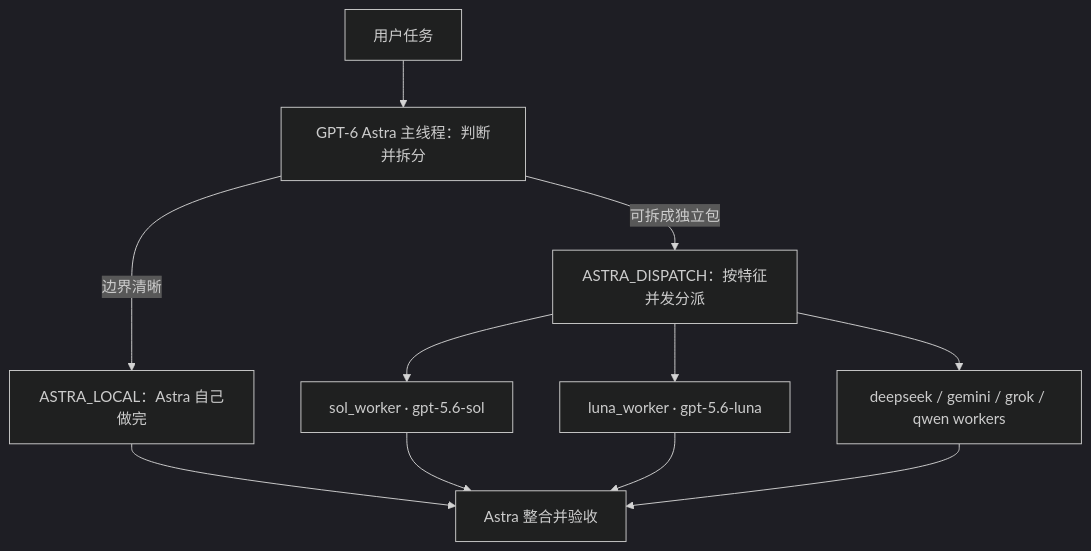
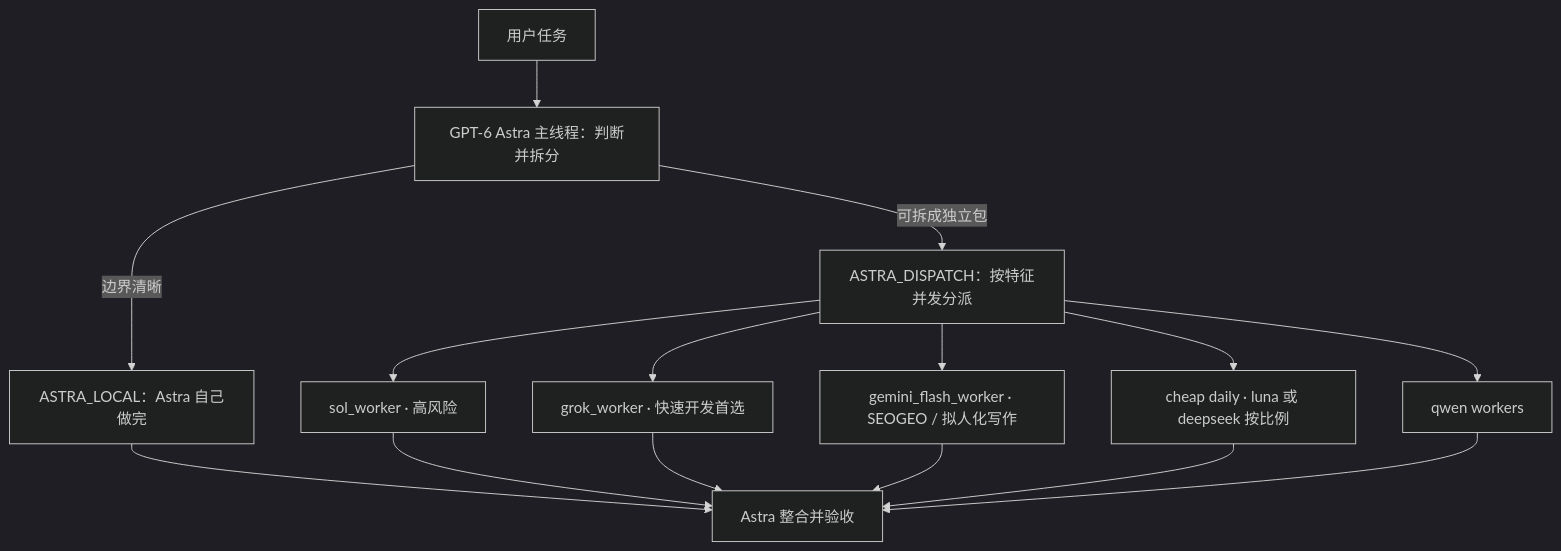
One commit to Masikomoore/astra-multi-agent-cluster-workflow changed the diagram in README.md. Above: the diagram before and after it, drawn with Mermaid (dark theme). The commit also changed other lines of this file and 12 other files, not shown here.

First line of the commit message:
Retune specialist roles and add cheap-daily mix

````diff
--- a/README.md
+++ b/README.md
@@ -22,13 +22,17 @@
 ```mermaid
 flowchart TD
     U["用户任务"] --> A["GPT-6 Astra 主线程：判断并拆分"]
     A -->|边界清晰| E["ASTRA_LOCAL：Astra 自己做完"]
     A -->|可拆成独立包| P["ASTRA_DISPATCH：按特征并发分派"]
-    P --> S1["sol_worker · gpt-5.6-sol"]
-    P --> S2["luna_worker · gpt-5.6-luna"]
-    P --> S3["deepseek / gemini / grok / qwen workers"]
+    P --> S1["sol_worker · 高风险"]
+    P --> S2["grok_worker · 快速开发首选"]
+    P --> S3["gemini_flash_worker · SEOGEO / 拟人化写作"]
+    P --> S4["cheap daily · luna 或 deepseek 按比例"]
+    P --> S5["qwen workers"]
     E --> V["Astra 整合并验收"]
     S1 --> V
     S2 --> V
     S3 --> V
+    S4 --> V
+    S5 --> V
 ```
````
